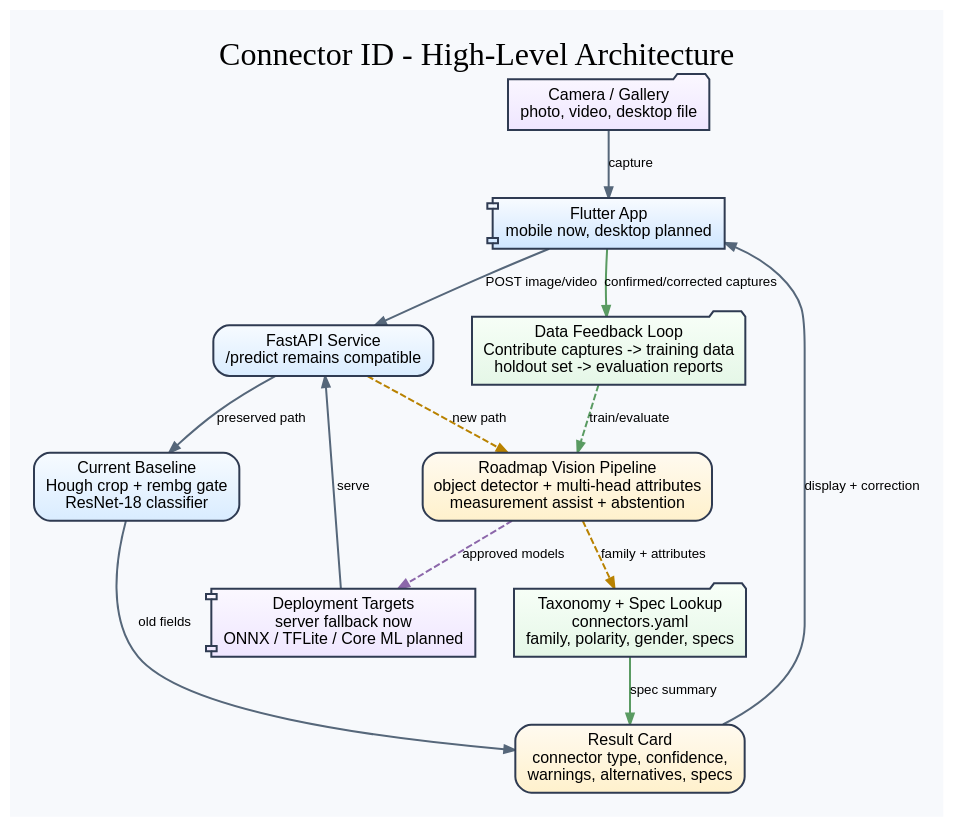
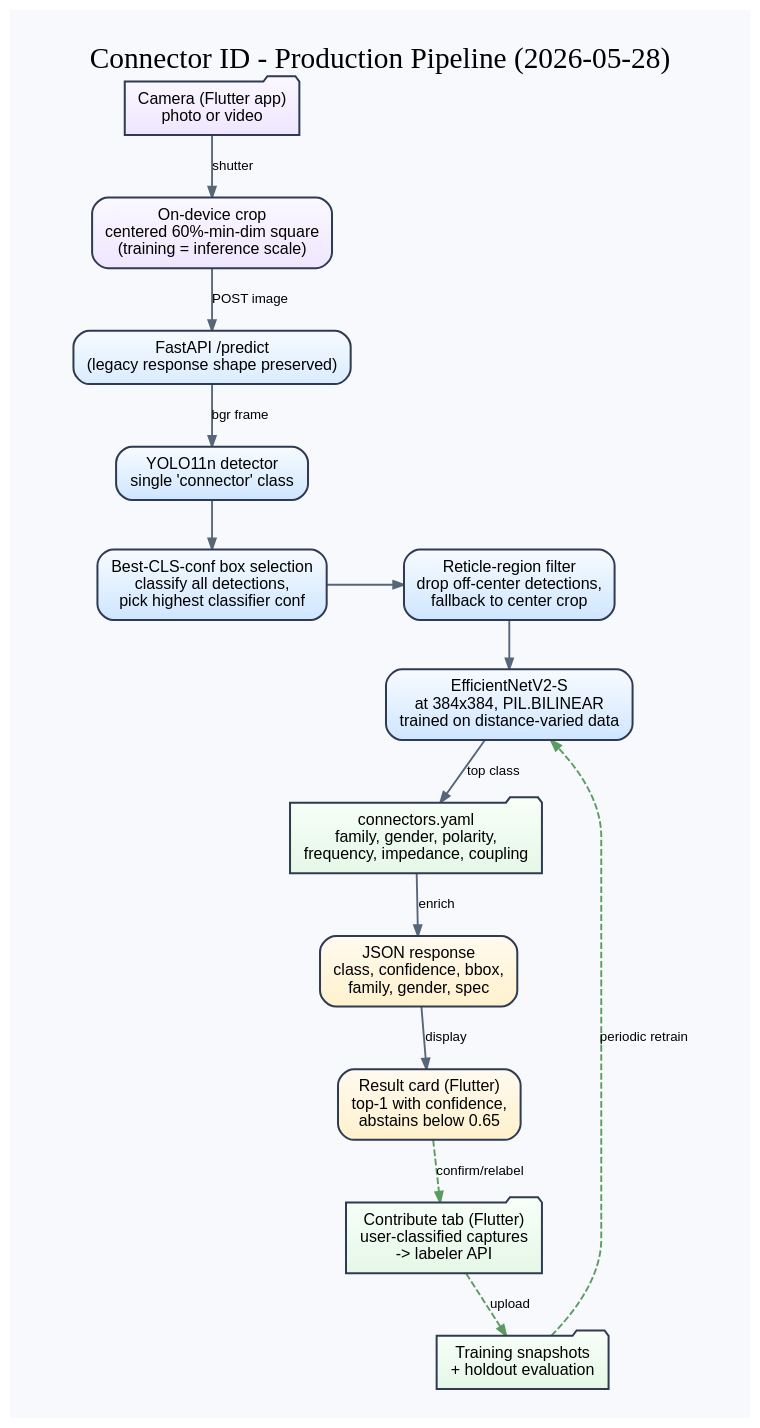
The diagram in docs/README_ARCHITECTURE.dot (probably-on-fire/hotdogornot), drawn with Graphviz before and after one commit. The commit also changed 16 other files, not shown here.

```diff
--- a/docs/README_ARCHITECTURE.dot
+++ b/docs/README_ARCHITECTURE.dot
@@ -1,107 +1,130 @@
 digraph ConnectorIDReadmeArchitecture {
   graph [
-    label="Connector ID - High-Level Architecture";
+    label="Connector ID - Production Pipeline (2026-05-28)";
     labelloc=t;
-    fontsize=24;
+    fontsize=22;
     fontname="Arial Bold";
     bgcolor="#f7f9fc";
-    pad=0.25;
+    pad=0.3;
     rankdir=TB;
-    ranksep=0.55;
-    nodesep=0.40;
+    ranksep=0.5;
+    nodesep=0.4;
     splines=spline;
     outputorder=edgesfirst;
   ];
 
   node [
     shape=box;
     style="rounded,filled";
     fontname="Arial";
     fontsize=12;
-    margin="0.12,0.08";
+    margin="0.14,0.10";
     color="#2f3b52";
     penwidth=1.5;
   ];
 
   edge [
     fontname="Arial";
     fontsize=10;
     color="#56677a";
     arrowsize=0.8;
-    penwidth=1.5;
+    penwidth=1.4;
   ];
 
+  // --- Client side ---
   camera [
-    label="Camera / Gallery\nphoto, video, desktop file";
+    label="Camera (Flutter app)\nphoto or video";
     shape=folder;
     fillcolor="#efe6ff:#fbf8ff";
     gradientangle=90;
   ];
 
-  app [
-    label="Flutter App\nmobile now, desktop planned";
-    shape=component;
+  reticle [
+    label="On-device crop\ncentered 60%-min-dim square\n(training = inference scale)";
+    fillcolor="#efe6ff:#fbf8ff";
+    gradientangle=90;
+  ];
+
+  // --- API boundary ---
+  api [
+    label="FastAPI /predict\n(legacy response shape preserved)";
+    fillcolor="#d9ecff:#f7fbff";
+    gradientangle=90;
+  ];
+
+  // --- Inference path ---
+  detector [
+    label="YOLO11n detector\nsingle 'connector' class";
     fillcolor="#cfe6ff:#f8fbff";
     gradientangle=90;
   ];
 
-  api [
-    label="FastAPI Service\n/predict remains compatible";
-    fillcolor="#d9ecff:#f7fbff";
+  bestbox [
+    label="Best-CLS-conf box selection\nclassify all detections,\npick highest classifier conf";
+    fillcolor="#cfe6ff:#f8fbff";
     gradientangle=90;
   ];
 
-  current [
-    label="Current Baseline\nHough crop + rembg gate\nResNet-18 classifier";
-    fillcolor="#d9ecff:#f7fbff";
+  reticlefilter [
+    label="Reticle-region filter\ndrop off-center detections,\nfallback to center crop";
+    fillcolor="#cfe6ff:#f8fbff";
     gradientangle=90;
   ];
 
-  planned [
-    label="Roadmap Vision Pipeline\nobject detector + multi-head attributes\nmeasurement assist + abstention";
-    fillcolor="#fff1cc:#fffaf0";
+  classifier [
+    label="EfficientNetV2-S\nat 384x384, PIL.BILINEAR\ntrained on distance-varied data";
+    fillcolor="#cfe6ff:#f8fbff";
     gradientangle=90;
   ];
 
+  // --- Output side ---
   specs [
-    label="Taxonomy + Spec Lookup\nconnectors.yaml\nfamily, polarity, gender, specs";
+    label="connectors.yaml\nfamily, gender, polarity,\nfrequency, impedance, coupling";
     shape=folder;
     fillcolor="#e5f7e7:#f8fff8";
     gradientangle=90;
   ];
 
-  result [
-    label="Result Card\nconnector type, confidence,\nwarnings, alternatives, specs";
+  response [
+    label="JSON response\nclass, confidence, bbox,\nfamily, gender, spec";
     fillcolor="#fff1cc:#fffaf0";
     gradientangle=90;
   ];
 
-  feedback [
-    label="Data Feedback Loop\nContribute captures -> training data\nholdout set -> evaluation reports";
+  result [
+    label="Result card (Flutter)\ntop-1 with confidence,\nabstains below 0.65";
+    fillcolor="#fff1cc:#fffaf0";
+    gradientangle=90;
+  ];
+
+  // --- Data loop ---
+  contribute [
+    label="Contribute tab (Flutter)\nuser-classified captures\n-> labeler API";
     shape=folder;
     fillcolor="#e5f7e7:#f8fff8";
     gradientangle=90;
   ];
 
-  deploy [
-    label="Deployment Targets\nserver fallback now\nONNX / TFLite / Core ML planned";
-    shape=component;
-    fillcolor="#efe6ff:#fbf8ff";
+  train [
+    label="Training snapshots\n+ holdout evaluation";
+    shape=folder;
+    fillcolor="#e5f7e7:#f8fff8";
     gradientangle=90;
   ];
 
-  { rank=same; current; planned; }
+  // --- Wiring ---
+  camera -> reticle [label="shutter"];
+  reticle -> api [label="POST image"];
+  api -> detector [label="bgr frame"];
+  detector -> bestbox;
+  bestbox -> reticlefilter;
+  reticlefilter -> classifier;
+  classifier -> specs [label="top class"];
+  specs -> response [label="enrich"];
+  response -> result [label="display"];
+  result -> contribute [label="confirm/relabel", style=dashed, color="#5a9b62"];
+  contribute -> train [label="upload", style=dashed, color="#5a9b62"];
+  train -> classifier [label="periodic retrain", style=dashed, color="#5a9b62"];
 
-  camera -> app [label="capture"];
-  app -> api [label="POST image/video"];
-  api -> current [label="preserved path"];
-  api -> planned [label="new path", style=dashed, color="#b98200"];
-  current -> result [label="old fields"];
-  planned -> specs [label="family + attributes", style=dashed, color="#b98200"];
-  specs -> result [label="spec summary", color="#5a9b62"];
-  result -> app [label="display + correction"];
-  app -> feedback [label="confirmed/corrected captures", color="#5a9b62"];
-  feedback -> planned [label="train/evaluate", style=dashed, color="#5a9b62"];
-  planned -> deploy [label="approved models", style=dashed, color="#8c67aa"];
-  deploy -> api [label="serve"];
+  { rank=same; bestbox; reticlefilter; }
 }
```
